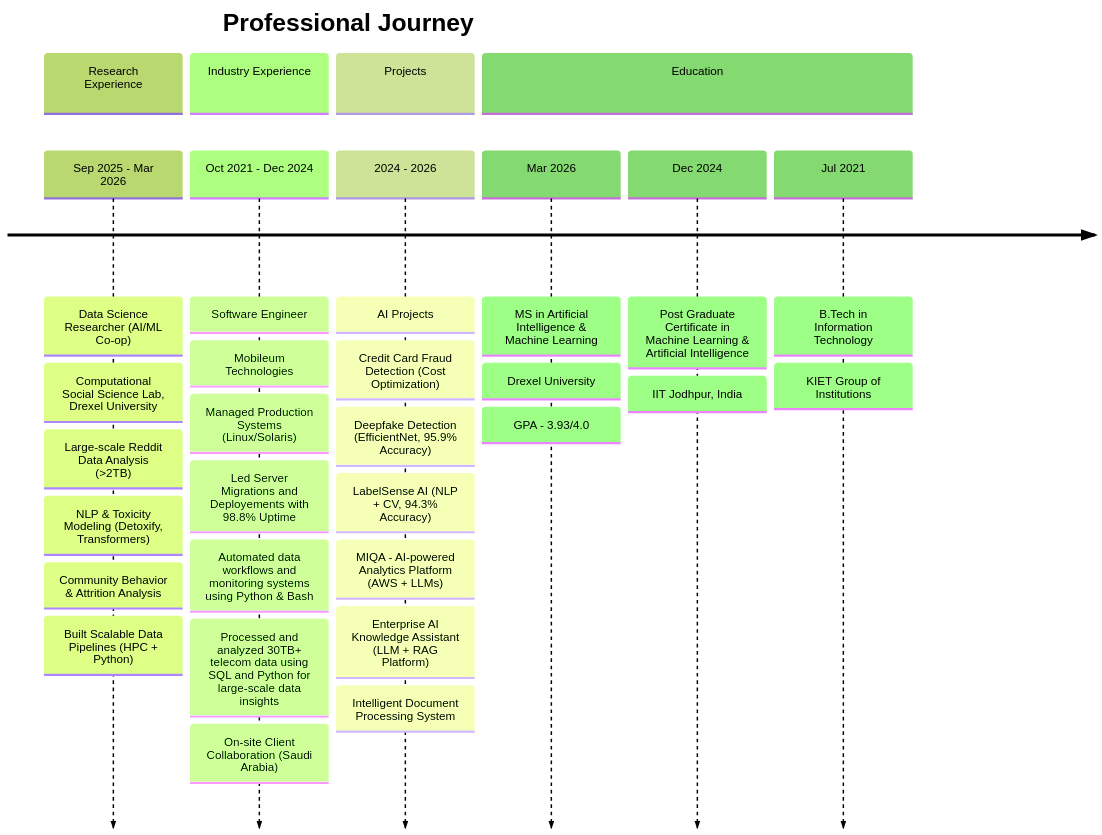
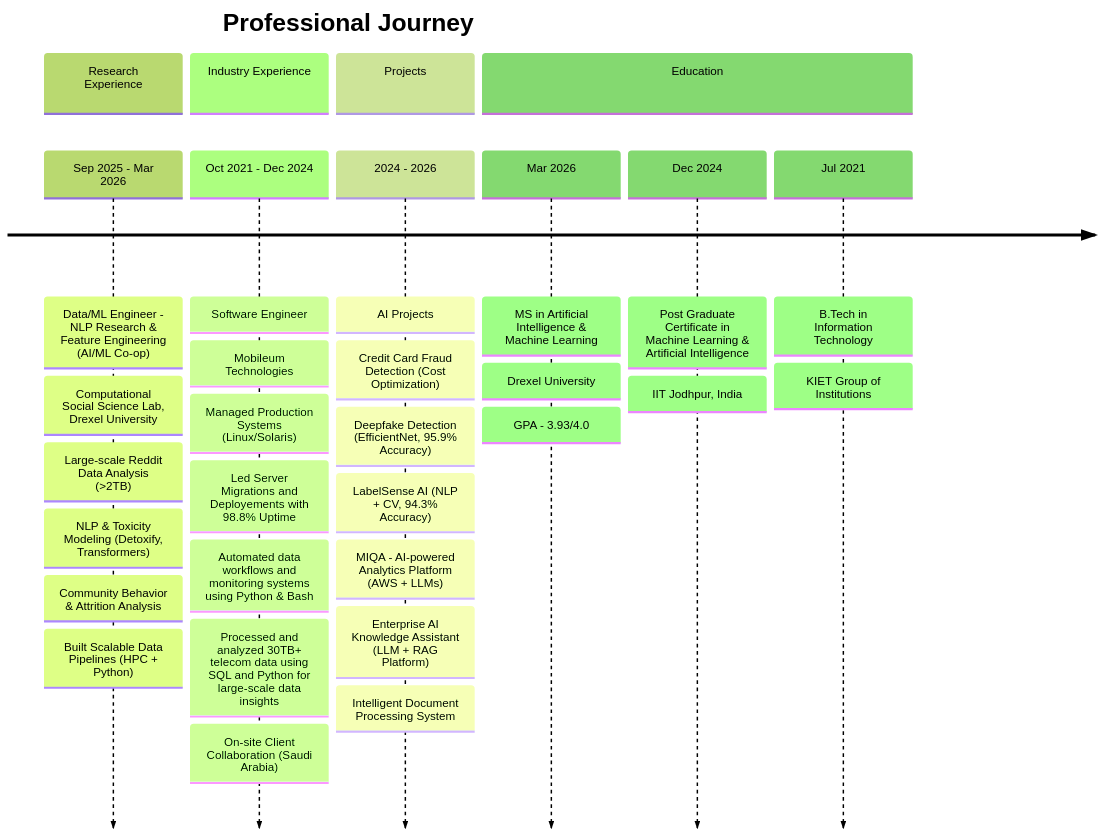
The diagram in README.md (ShobhitDixit98/ShobhitDixit98), drawn with Mermaid (forest theme) before and after one commit.

Commit message:
Update job title in README for clarity

````diff
--- a/README.md
+++ b/README.md
@@ -38,41 +38,41 @@
 ```mermaid
 timeline
     title Professional Journey
 
     section Research Experience
-    Sep 2025 - Mar 2026  : Data Science Researcher (AI/ML Co-op)
+    Sep 2025 - Mar 2026  : Data/ML Engineer - NLP Research & Feature Engineering   (AI/ML Co-op)
                          : Computational Social Science Lab, Drexel University
                          : Large-scale Reddit Data Analysis (>2TB)
                          : NLP & Toxicity Modeling (Detoxify, Transformers)
                          : Community Behavior & Attrition Analysis
                          : Built Scalable Data Pipelines (HPC + Python)
 
     section Industry Experience
     Oct 2021 - Dec 2024  : Software Engineer
                          : Mobileum Technologies
                          : Managed Production Systems (Linux/Solaris)
                          : Led Server Migrations and Deployements with 98.8% Uptime
                          : Automated data workflows and monitoring systems using Python & Bash
                          : Processed and analyzed 30TB+ telecom data using SQL and Python for large-scale data insights
                          : On-site Client Collaboration (Saudi Arabia) 
 
     section Projects
     2024 - 2026          : AI Projects
                          : Credit Card Fraud Detection (Cost Optimization)
                          : Deepfake Detection (EfficientNet, 95.9% Accuracy)
                          : LabelSense AI (NLP + CV, 94.3% Accuracy)
                          : MIQA - AI-powered Analytics Platform (AWS + LLMs)
                          : Enterprise AI Knowledge Assistant (LLM + RAG Platform) 
                          : Intelligent Document Processing System 
 
     section Education
     Mar 2026 : MS in Artificial Intelligence & Machine Learning
              : Drexel University
              : GPA - 3.93/4.0
 
     Dec 2024 : Post Graduate Certificate in Machine Learning & Artificial Intelligence
              : IIT Jodhpur, India
 
     Jul 2021 : B.Tech in Information Technology
              : KIET Group of Institutions
 ```
````
